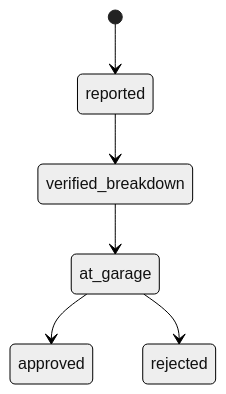
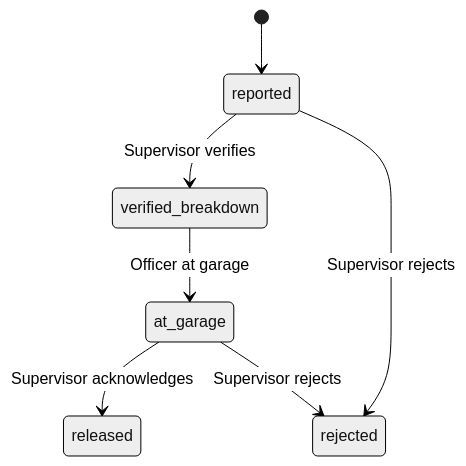
One commit to dancoon-technologies/mazao-group changed the diagram in docs/wiki/Maintenance-Control-Module.md. Above: the diagram before and after it, drawn with Mermaid (neutral theme). The commit also changed other lines of this file and 5 other files, not shown here.

````diff
--- a/docs/wiki/Maintenance-Control-Module.md
+++ b/docs/wiki/Maintenance-Control-Module.md
@@ -14,8 +14,9 @@
 ```mermaid
 stateDiagram-v2
   [*] --> reported
-  reported --> verified_breakdown
-  verified_breakdown --> at_garage
-  at_garage --> approved
-  at_garage --> rejected
+  reported --> verified_breakdown: Supervisor verifies
+  reported --> rejected: Supervisor rejects
+  verified_breakdown --> at_garage: Officer at garage
+  at_garage --> released: Supervisor acknowledges
+  at_garage --> rejected: Supervisor rejects
 ```
````
